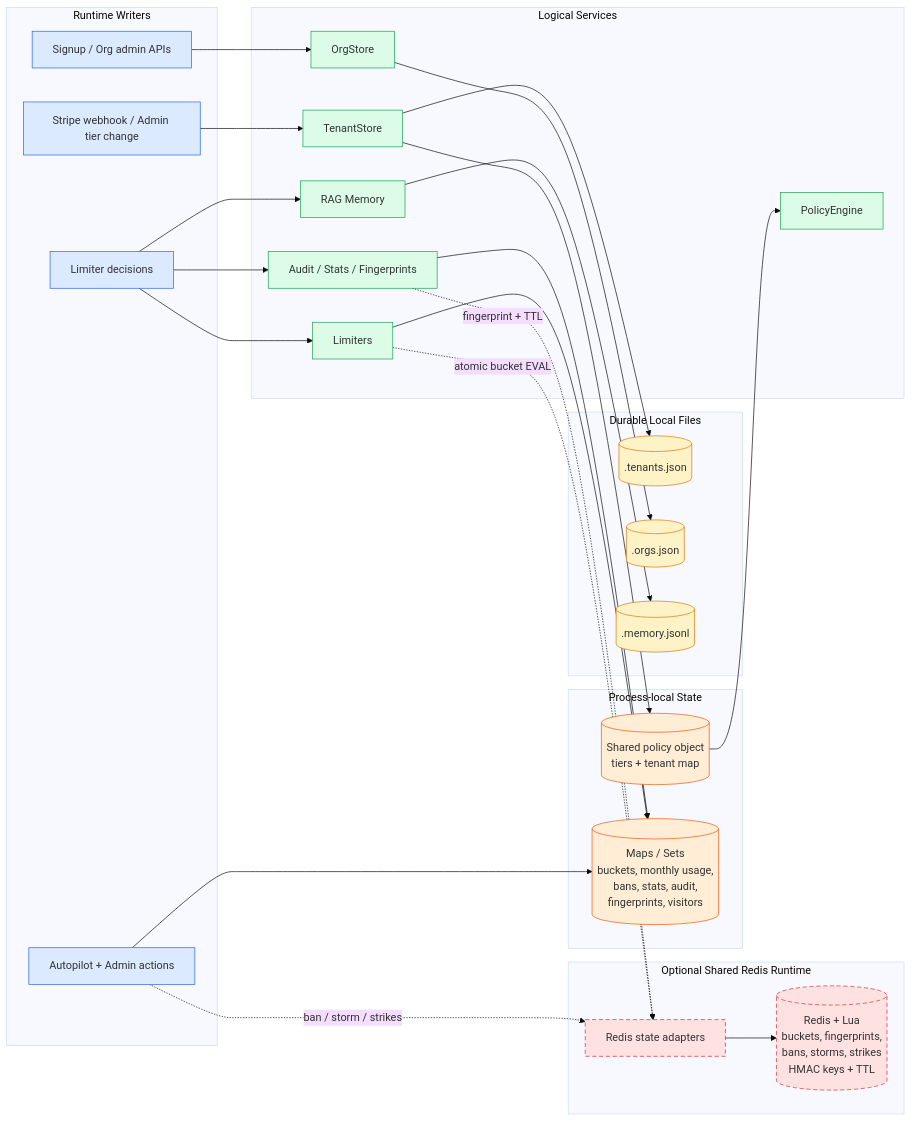
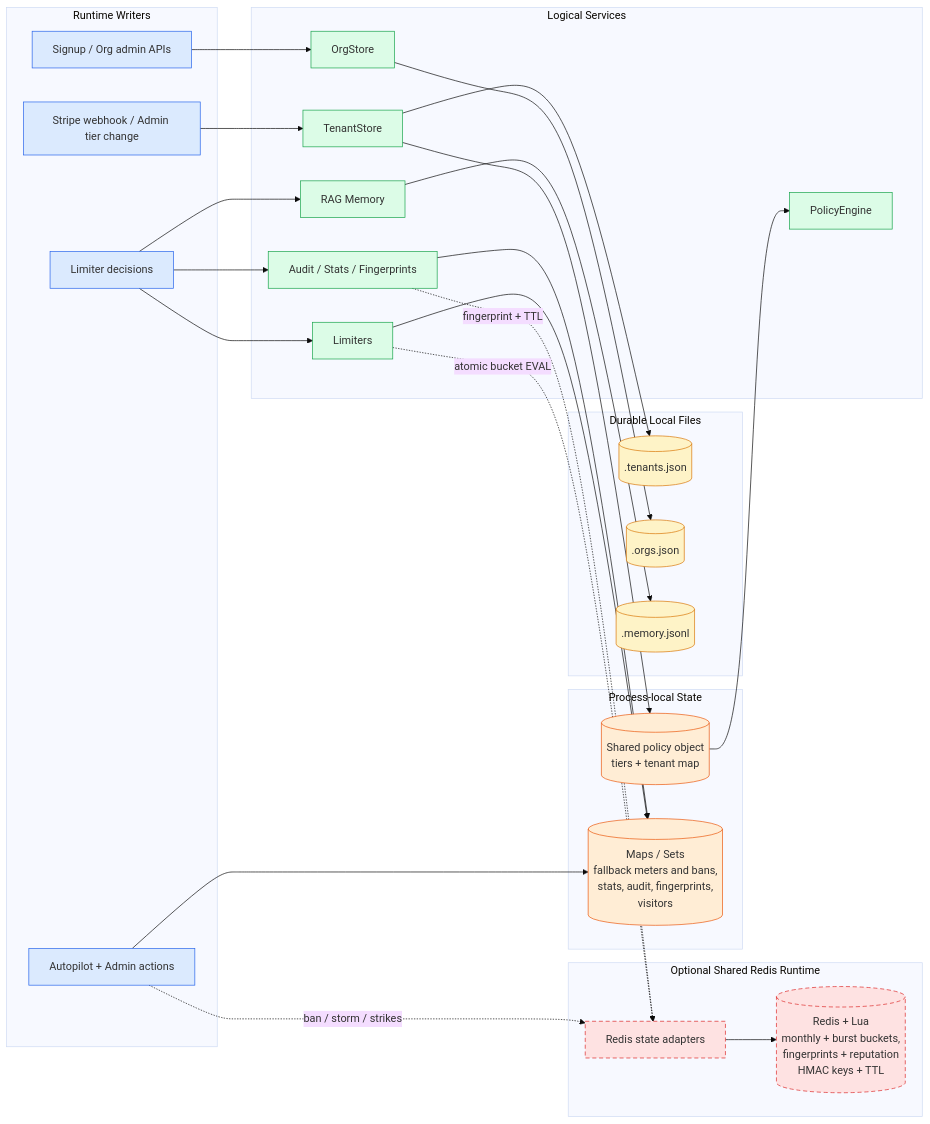
Before and after one commit to mightbeanshuu/limitplane-prep: the diagram in docs/architecture/limitplane-data-flow.mmd, drawn with Mermaid (base theme). The commit also changed 20 other files, not shown here.

```diff
--- a/docs/architecture/limitplane-data-flow.mmd
+++ b/docs/architecture/limitplane-data-flow.mmd
@@ -1,57 +1,57 @@
 flowchart LR
   subgraph WRITERS["Runtime Writers"]
     BILL["Stripe webhook / Admin tier change"]
     ORGAPI["Signup / Org admin APIs"]
     DEC["Limiter decisions"]
     OPS["Autopilot + Admin actions"]
   end
 
   subgraph LOGICAL["Logical Services"]
     TS["TenantStore"]
     OS["OrgStore"]
     PE["PolicyEngine"]
     LM["Limiters"]
     AU["Audit / Stats / Fingerprints"]
     RM["RAG Memory"]
   end
 
   subgraph DURABLE["Durable Local Files"]
     TF[(".tenants.json")]
     OF[(".orgs.json")]
     MF[(".memory.jsonl")]
   end
 
   subgraph VOLATILE["Process-local State"]
     POL[("Shared policy object<br/>tiers + tenant map")]
-    MAPS[("Maps / Sets<br/>buckets, monthly usage,<br/>bans, stats, audit,<br/>fingerprints, visitors")]
+    MAPS[("Maps / Sets<br/>fallback meters and bans,<br/>stats, audit, fingerprints,<br/>visitors")]
   end
 
   subgraph OPTIONAL["Optional Shared Redis Runtime"]
     RP["Redis state adapters"]
-    REDIS[("Redis + Lua<br/>buckets, fingerprints,<br/>bans, storms, strikes<br/>HMAC keys + TTL")]
+    REDIS[("Redis + Lua<br/>monthly + burst buckets,<br/>fingerprints + reputation<br/>HMAC keys + TTL")]
   end
 
   BILL --> TS
   TS --> TF
   TS --> POL
   POL --> PE
   ORGAPI --> OS --> OF
   DEC --> LM --> MAPS
   DEC --> AU --> MAPS
   DEC --> RM --> MF
   OPS --> MAPS
   LM -. "atomic bucket EVAL" .-> RP
   AU -. "fingerprint + TTL" .-> RP
   OPS -. "ban / storm / strikes" .-> RP
   RP --> REDIS
 
   classDef writer fill:#dbeafe,stroke:#2563eb;
   classDef logic fill:#dcfce7,stroke:#16a34a;
   classDef durable fill:#fef3c7,stroke:#d97706;
   classDef volatile fill:#ffedd5,stroke:#ea580c;
   classDef optional fill:#fee2e2,stroke:#dc2626,stroke-dasharray: 6 4;
   class BILL,ORGAPI,DEC,OPS writer;
   class TS,OS,PE,LM,AU,RM logic;
   class TF,OF,MF durable;
   class POL,MAPS volatile;
   class RP,REDIS optional;
```
